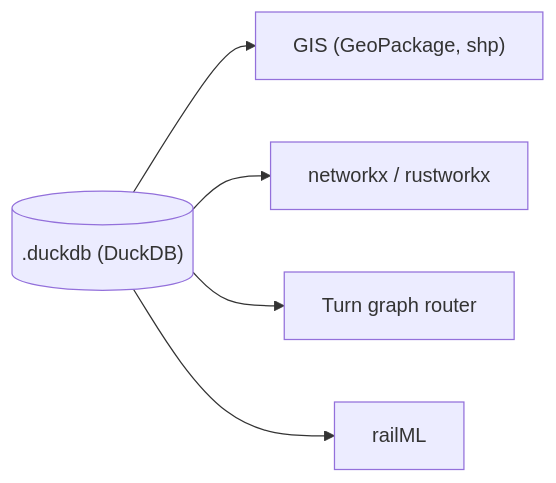
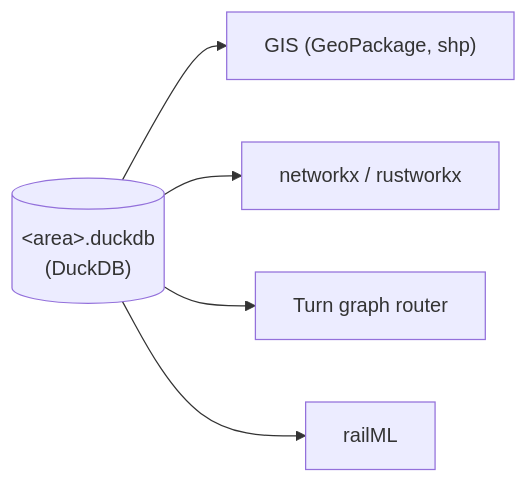
One commit to Khoshkhah/duckOSM changed the diagram in docs/exports/routable-network/index.md. Above: the diagram before and after it, drawn with Mermaid. The commit also changed 3 other files, not shown here.

First line of the commit message:
Docs: the diagram labels fit their boxes and show <area>

````diff
--- a/docs/exports/routable-network/index.md
+++ b/docs/exports/routable-network/index.md
@@ -5,7 +5,7 @@
 ```mermaid
 flowchart LR
-  db[("<area>.duckdb (DuckDB)")] --> gis["GIS (GeoPackage, shp)"]
+  db[("#lt;area#gt;.duckdb<br/>(DuckDB)")] --> gis["GIS (GeoPackage, shp)"]
   db --> nx["networkx / rustworkx"]
   db --> tr["Turn graph router"]
   db --> rail["railML"]
 ```
````
